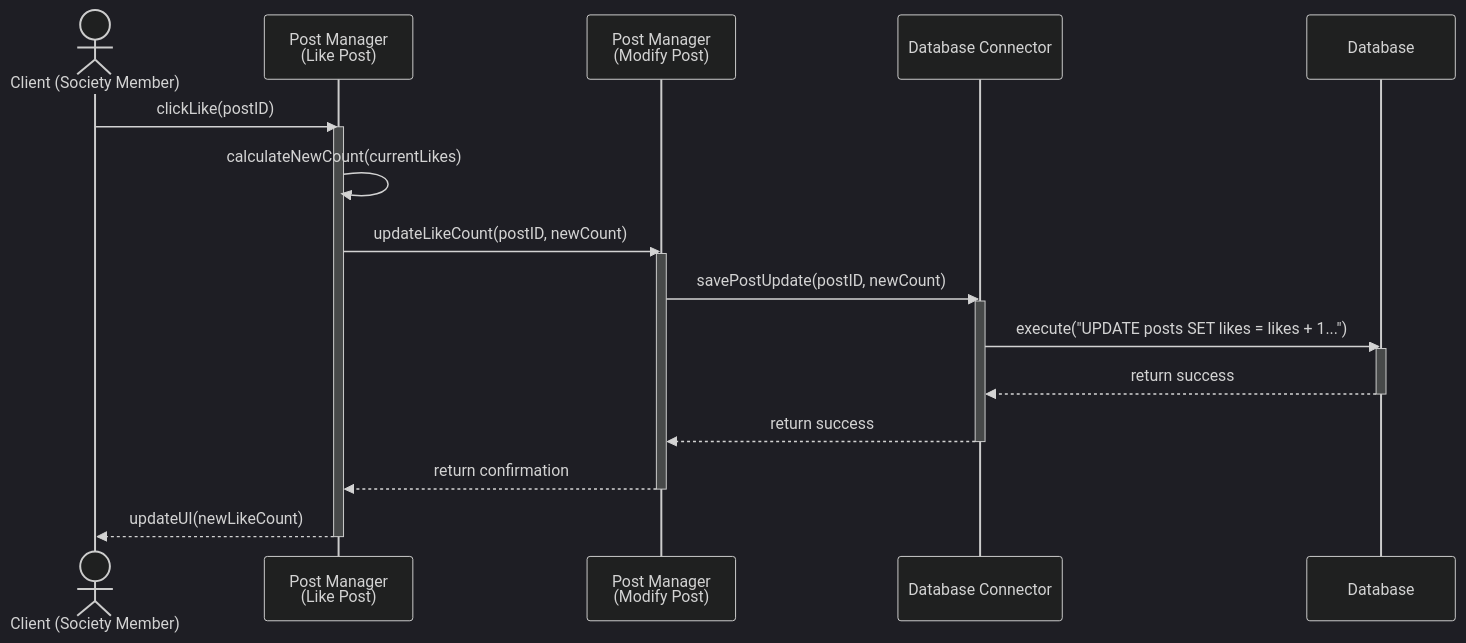
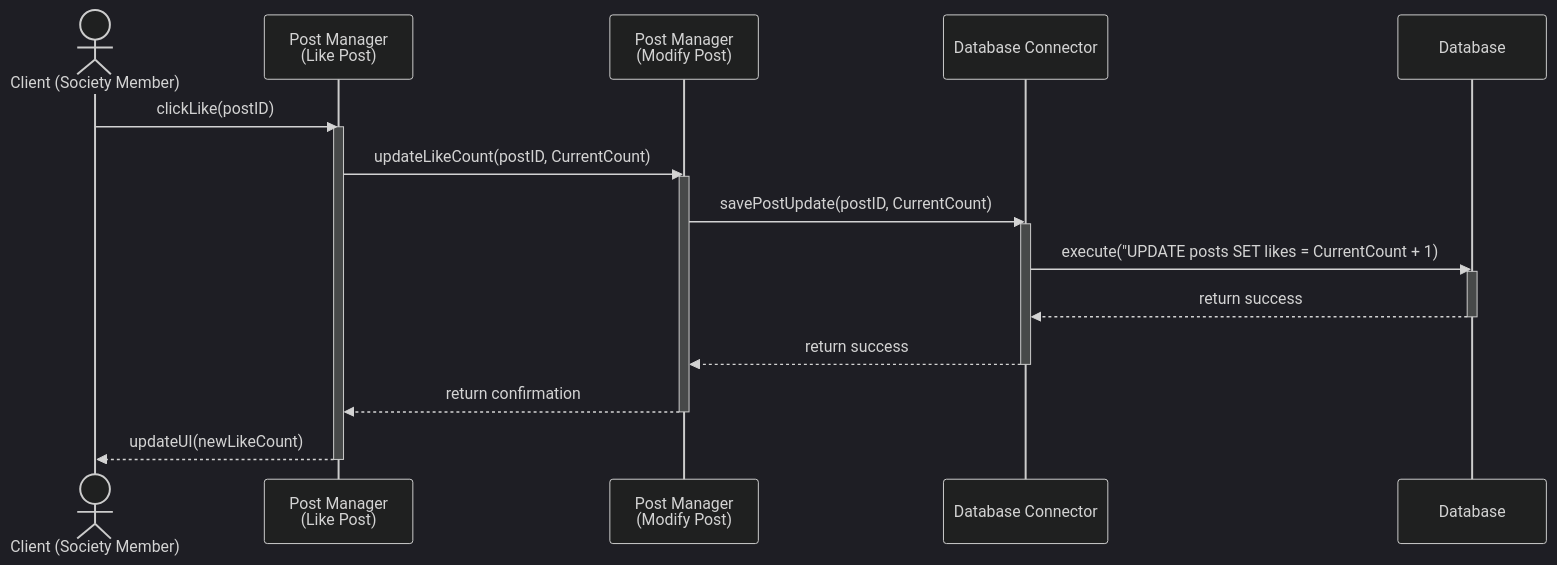
One commit to Team-4D2/Coursework-1 changed the diagram in Chapter 2 - Design/Sequence Diagram/Mermaid Code/likePost.mmd. Above: the diagram before and after it, drawn with Mermaid (dark theme).

Commit message:
Fix likePost sequence diagram to use CurrentCount

```diff
--- a/Chapter 2 - Design/Sequence Diagram/Mermaid Code/likePost.mmd
+++ b/Chapter 2 - Design/Sequence Diagram/Mermaid Code/likePost.mmd
@@ -1,28 +1,27 @@
 sequenceDiagram
     actor Member as Client (Society Member)
     participant LP as Post Manager<br/>(Like Post)
     participant MP as Post Manager<br/>(Modify Post)
     participant DBConn as Database Connector
     participant DB as Database
 
     Member->>LP: clickLike(postID)
     activate LP
-    LP->>LP: calculateNewCount(currentLikes)
 
-    LP->>MP: updateLikeCount(postID, newCount)
+    LP->>MP: updateLikeCount(postID, CurrentCount)
     activate MP
 
-    MP->>DBConn: savePostUpdate(postID, newCount)
+    MP->>DBConn: savePostUpdate(postID, CurrentCount)
     activate DBConn
-    DBConn->>DB: execute("UPDATE posts SET likes = likes + 1...")
+    DBConn->>DB: execute("UPDATE posts SET likes = CurrentCount + 1)
     activate DB
     DB-->>DBConn: return success
     deactivate DB
     DBConn-->>MP: return success
     deactivate DBConn
 
     MP-->>LP: return confirmation
     deactivate MP
 
     LP-->>Member: updateUI(newLikeCount)
     deactivate LP
```
